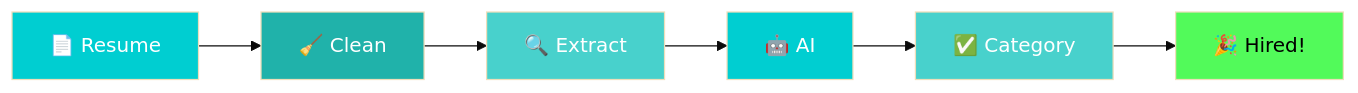
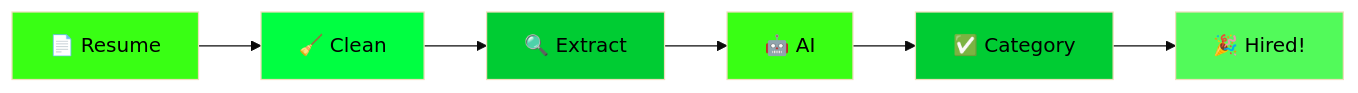
One commit to alam025/resume-screening-ai changed the diagram in README.md. Above: the diagram before and after it, drawn with Mermaid (base theme). The commit also changed other lines of this file, not shown here.

````diff
--- a/README.md
+++ b/README.md
@@ -83,15 +83,15 @@
 ```mermaid
 graph LR
     A[📄 Resume] --> B[🧹 Clean]
     B --> C[🔍 Extract]
     C --> D[🤖 AI]
     D --> E[✅ Category]
     E --> F[🎉 Hired!]
     
-    style A fill:#00CED1,color:#fff
-    style B fill:#20B2AA,color:#fff
-    style C fill:#48D1CC,color:#fff
-    style D fill:#00CED1,color:#fff
-    style E fill:#48D1CC,color:#fff
+    style A fill:#39FF14,color:#000
+    style B fill:#00FF41,color:#000
+    style C fill:#00CC33,color:#000
+    style D fill:#39FF14,color:#000
+    style E fill:#00CC33,color:#000
     style F fill:#52fa5a,color:#000
 ```
````
